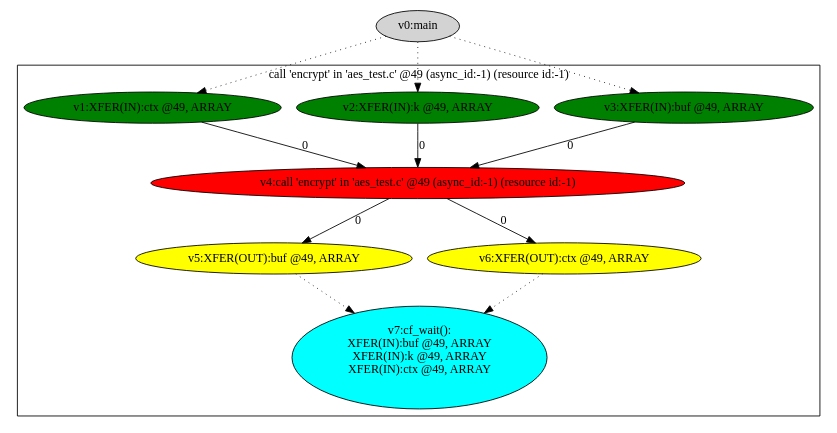
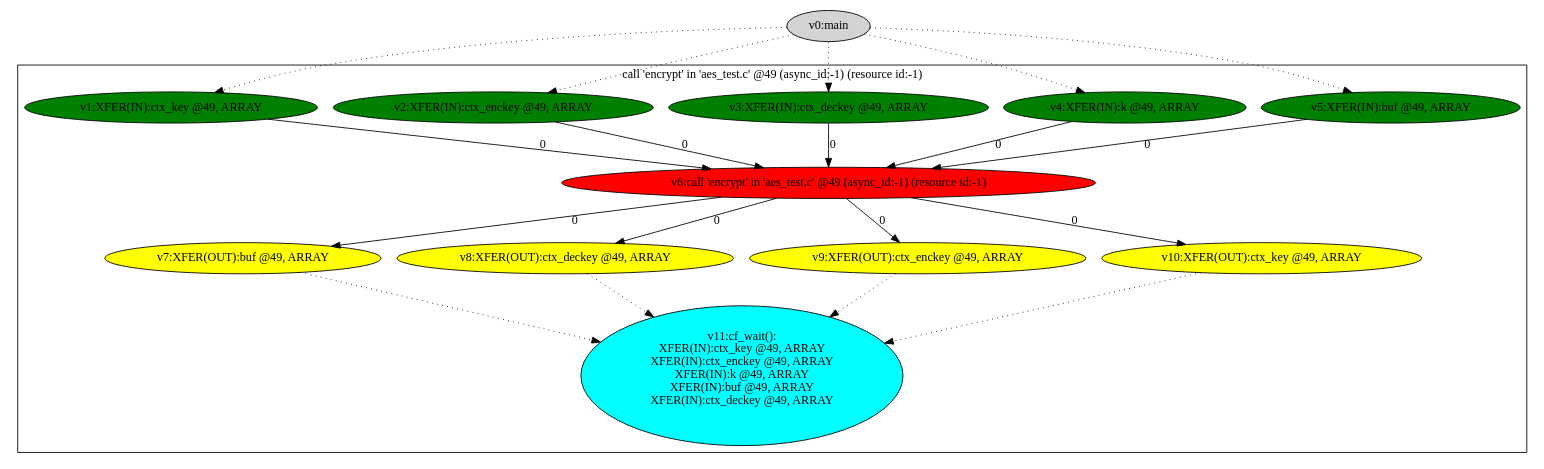
Before and after one commit to HansGiesen/hls_tuner: the diagram in Data/Good_synth/_sds/.llvm/_p0_dtg.dot, drawn with Graphviz. The commit also changed 3951 other files, not shown here.

```diff
--- a/Data/Good_synth/_sds/.llvm/_p0_dtg.dot
+++ b/Data/Good_synth/_sds/.llvm/_p0_dtg.dot
@@ -1,30 +1,46 @@
 digraph dm_graph {
 v0 [label = "v0:main" ,style=filled];
-v1 [label = "v1:XFER(IN):ctx @49, ARRAY\n" ,style=filled,fillcolor = green];
-v2 [label = "v2:XFER(IN):k @49, ARRAY\n" ,style=filled,fillcolor = green];
-v3 [label = "v3:XFER(IN):buf @49, ARRAY\n" ,style=filled,fillcolor = green];
-v4 [label = "v4:call 'encrypt' in 'aes_test.c' @49 (async_id:-1) (resource id:-1)\n" ,style=filled,fillcolor = red];
-v5 [label = "v5:XFER(OUT):buf @49, ARRAY\n" ,style=filled,fillcolor = yellow];
-v6 [label = "v6:XFER(OUT):ctx @49, ARRAY\n" ,style=filled,fillcolor = yellow];
-v7 [label = "v7:cf_wait(): \nXFER(IN):buf @49, ARRAY\nXFER(IN):k @49, ARRAY\nXFER(IN):ctx @49, ARRAY\n\n" ,style=filled,fillcolor = cyan];
+v1 [label = "v1:XFER(IN):ctx_key @49, ARRAY\n" ,style=filled,fillcolor = green];
+v2 [label = "v2:XFER(IN):ctx_enckey @49, ARRAY\n" ,style=filled,fillcolor = green];
+v3 [label = "v3:XFER(IN):ctx_deckey @49, ARRAY\n" ,style=filled,fillcolor = green];
+v4 [label = "v4:XFER(IN):k @49, ARRAY\n" ,style=filled,fillcolor = green];
+v5 [label = "v5:XFER(IN):buf @49, ARRAY\n" ,style=filled,fillcolor = green];
+v6 [label = "v6:call 'encrypt' in 'aes_test.c' @49 (async_id:-1) (resource id:-1)\n" ,style=filled,fillcolor = red];
+v7 [label = "v7:XFER(OUT):buf @49, ARRAY\n" ,style=filled,fillcolor = yellow];
+v8 [label = "v8:XFER(OUT):ctx_deckey @49, ARRAY\n" ,style=filled,fillcolor = yellow];
+v9 [label = "v9:XFER(OUT):ctx_enckey @49, ARRAY\n" ,style=filled,fillcolor = yellow];
+v10 [label = "v10:XFER(OUT):ctx_key @49, ARRAY\n" ,style=filled,fillcolor = yellow];
+v11 [label = "v11:cf_wait(): \nXFER(IN):ctx_key @49, ARRAY\nXFER(IN):ctx_enckey @49, ARRAY\nXFER(IN):k @49, ARRAY\nXFER(IN):buf @49, ARRAY\nXFER(IN):ctx_deckey @49, ARRAY\n\n" ,style=filled,fillcolor = cyan];
 subgraph cluster0 {
 v1;
 v2;
 v3;
 v4;
 v5;
 v6;
 v7;
+v8;
+v9;
+v10;
+v11;
 label = "call 'encrypt' in 'aes_test.c' @49 (async_id:-1) (resource id:-1)\n";
 }
-v1 -> v4 [label = "0"];
-v2 -> v4 [label = "0"];
-v3 -> v4 [label = "0"];
-v4 -> v5 [label = "0"];
+v1 -> v6 [label = "0"];
+v2 -> v6 [label = "0"];
+v3 -> v6 [label = "0"];
 v4 -> v6 [label = "0"];
-v5 -> v7 [label = "", style = dotted];
-v6 -> v7 [label = "", style = dotted];
+v5 -> v6 [label = "0"];
+v6 -> v7 [label = "0"];
+v6 -> v8 [label = "0"];
+v6 -> v9 [label = "0"];
+v6 -> v10 [label = "0"];
+v7 -> v11 [label = "", style = dotted];
+v8 -> v11 [label = "", style = dotted];
+v9 -> v11 [label = "", style = dotted];
+v10 -> v11 [label = "", style = dotted];
 v0 -> v1 [label = "", style = dotted];
 v0 -> v2 [label = "", style = dotted];
 v0 -> v3 [label = "", style = dotted];
+v0 -> v4 [label = "", style = dotted];
+v0 -> v5 [label = "", style = dotted];
 }
```
